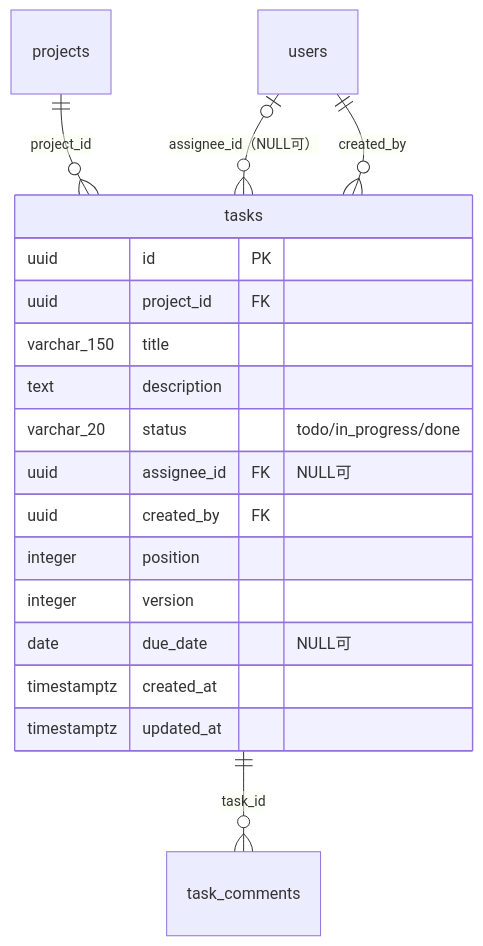
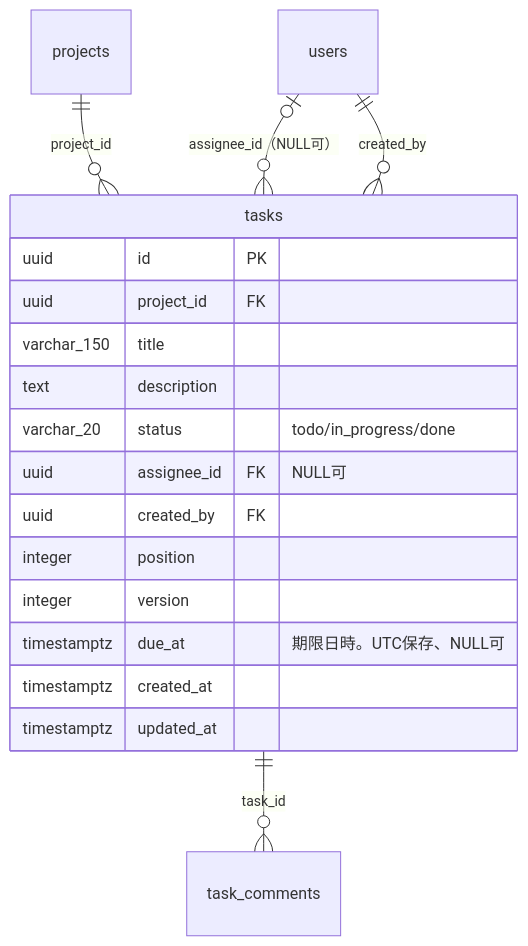
Before and after one commit to oikawa-d/task_management: the first of 4 diagrams in detailed_design/database/06_table_tasks.md, drawn with Mermaid. The commit also changed other lines of this file and 31 other files, not shown here.

````diff
--- a/detailed_design/database/06_table_tasks.md
+++ b/detailed_design/database/06_table_tasks.md
@@ -160,22 +160,22 @@
 ```mermaid
 erDiagram
     projects ||--o{ tasks : "project_id"
     users |o--o{ tasks : "assignee_id（NULL可）"
     users ||--o{ tasks : "created_by"
     tasks ||--o{ task_comments : "task_id"
 
     tasks {
         uuid id PK
         uuid project_id FK
         varchar_150 title
         text description
         varchar_20 status "todo/in_progress/done"
         uuid assignee_id FK "NULL可"
         uuid created_by FK
         integer position
         integer version
-        date due_date "NULL可"
+        timestamptz due_at "期限日時。UTC保存、NULL可"
         timestamptz created_at
         timestamptz updated_at
     }
 ```
````
